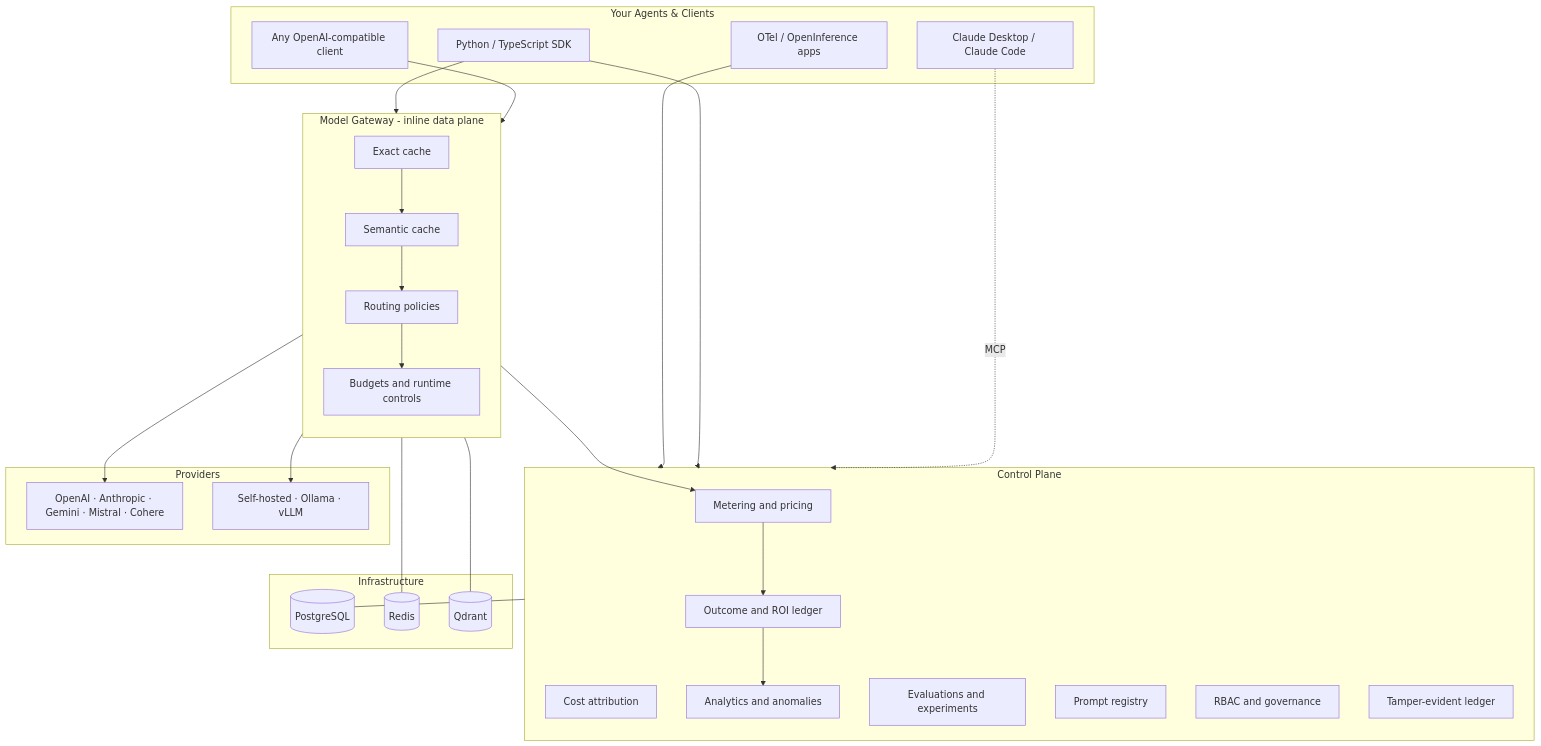
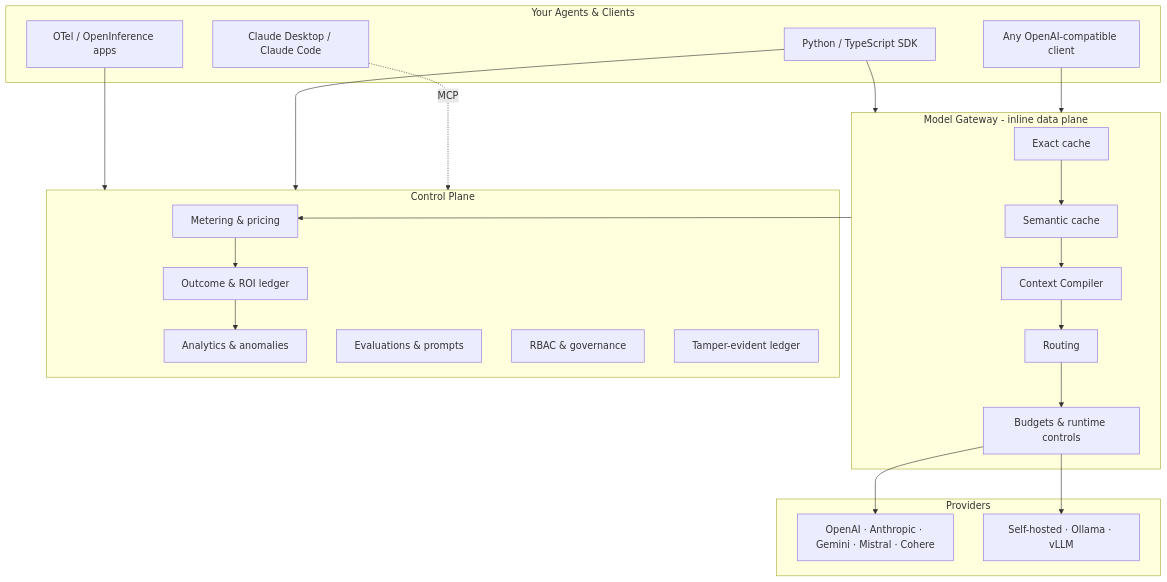
The diagram in README.md (avs6/runledger-community), drawn with Mermaid before and after one commit. The commit also changed other lines of this file and 68 other files, not shown here.

````diff
--- a/README.md
+++ b/README.md
@@ -110,52 +108,37 @@
 ```mermaid
 flowchart TB
   subgraph clients [Your Agents & Clients]
     sdk[Python / TypeScript SDK]
     otel[OTel / OpenInference apps]
     oai[Any OpenAI-compatible client]
     claude[Claude Desktop / Claude Code]
   end
 
   subgraph gw [Model Gateway - inline data plane]
-    direction TB
-    exact[Exact cache] --> sem[Semantic cache] --> route[Routing policies] --> guard[Budgets and runtime controls]
+    exact[Exact cache] --> sem[Semantic cache] --> comp[Context Compiler] --> route[Routing] --> guard[Budgets & runtime controls]
   end
 
   subgraph cp [Control Plane]
-    meter[Metering and pricing]
-    attr[Cost attribution]
-    analytics[Analytics and anomalies]
-    evals[Evaluations and experiments]
-    outcomes[Outcome and ROI ledger]
-    prompts[Prompt registry]
-    rbac[RBAC and governance]
+    meter[Metering & pricing]
+    analytics[Analytics & anomalies]
+    outcomes[Outcome & ROI ledger]
+    evals[Evaluations & prompts]
+    rbac[RBAC & governance]
     ledger[Tamper-evident ledger]
   end
 
   subgraph providers [Providers]
     hosted[OpenAI · Anthropic · Gemini · Mistral · Cohere]
     local[Self-hosted · Ollama · vLLM]
   end
 
-  subgraph infra [Infrastructure]
-    pg[(PostgreSQL)]
-    redis[(Redis)]
-    qdrant[(Qdrant)]
-  end
-
   oai --> gw
   sdk --> gw
   guard --> hosted
   guard --> local
   claude -. MCP .-> cp
-
   sdk --> cp
   otel --> cp
   gw --> meter
-
-  sem --- qdrant
-  cp --- pg
-  gw --- redis
-  meter --> outcomes
-  outcomes --> analytics
+  meter --> outcomes --> analytics
 ```
````
